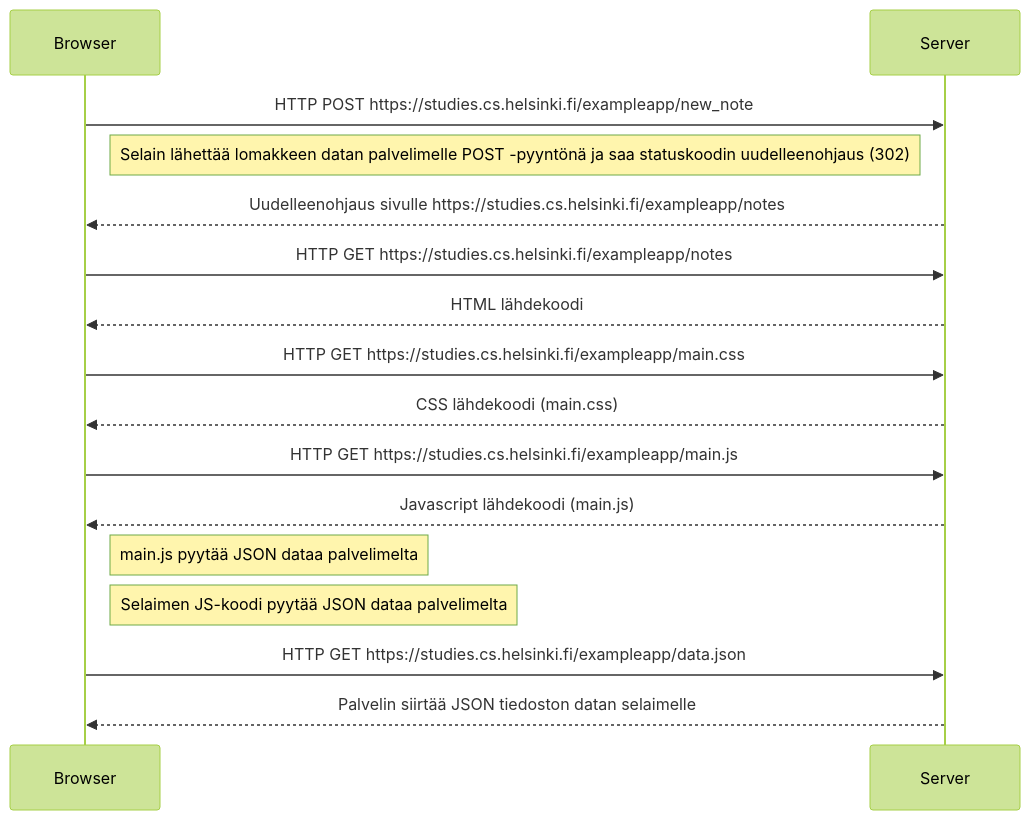
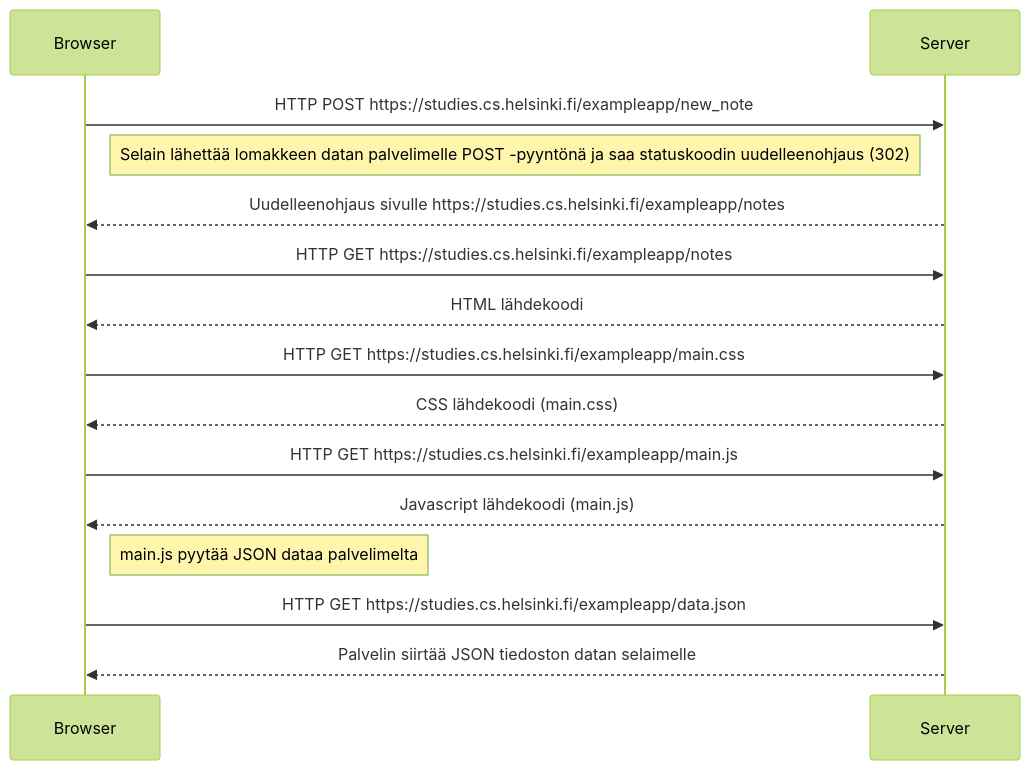
Before and after one commit to saaskilahtij/fullstackopen: the diagram in osa0/tehtava0.4.md, drawn with Mermaid (forest theme).

````diff
--- a/osa0/tehtava0.4.md
+++ b/osa0/tehtava0.4.md
@@ -1,24 +1,22 @@
 ```mermaid
 
 sequenceDiagram
 
   Browser ->> Server: HTTP POST https://studies.cs.helsinki.fi/exampleapp/new_note
   Note right of Browser: Selain lähettää lomakkeen datan palvelimelle POST -pyyntönä ja saa statuskoodin uudelleenohjaus (302)
   Server -->> Browser: Uudelleenohjaus sivulle https://studies.cs.helsinki.fi/exampleapp/notes
   
   Browser ->> Server: HTTP GET https://studies.cs.helsinki.fi/exampleapp/notes
   Server -->> Browser: HTML lähdekoodi
   
   Browser ->> Server: HTTP GET https://studies.cs.helsinki.fi/exampleapp/main.css
   Server -->> Browser: CSS lähdekoodi (main.css)
   
   Browser ->> Server: HTTP GET https://studies.cs.helsinki.fi/exampleapp/main.js
   Server -->> Browser: Javascript lähdekoodi (main.js)
   Note right of Browser: main.js pyytää JSON dataa palvelimelta
   
-  Note right of Browser: Selaimen JS-koodi pyytää JSON dataa palvelimelta
-  
   Browser ->> Server: HTTP GET https://studies.cs.helsinki.fi/exampleapp/data.json
   Server -->> Browser: Palvelin siirtää JSON tiedoston datan selaimelle
 
 ```
````
